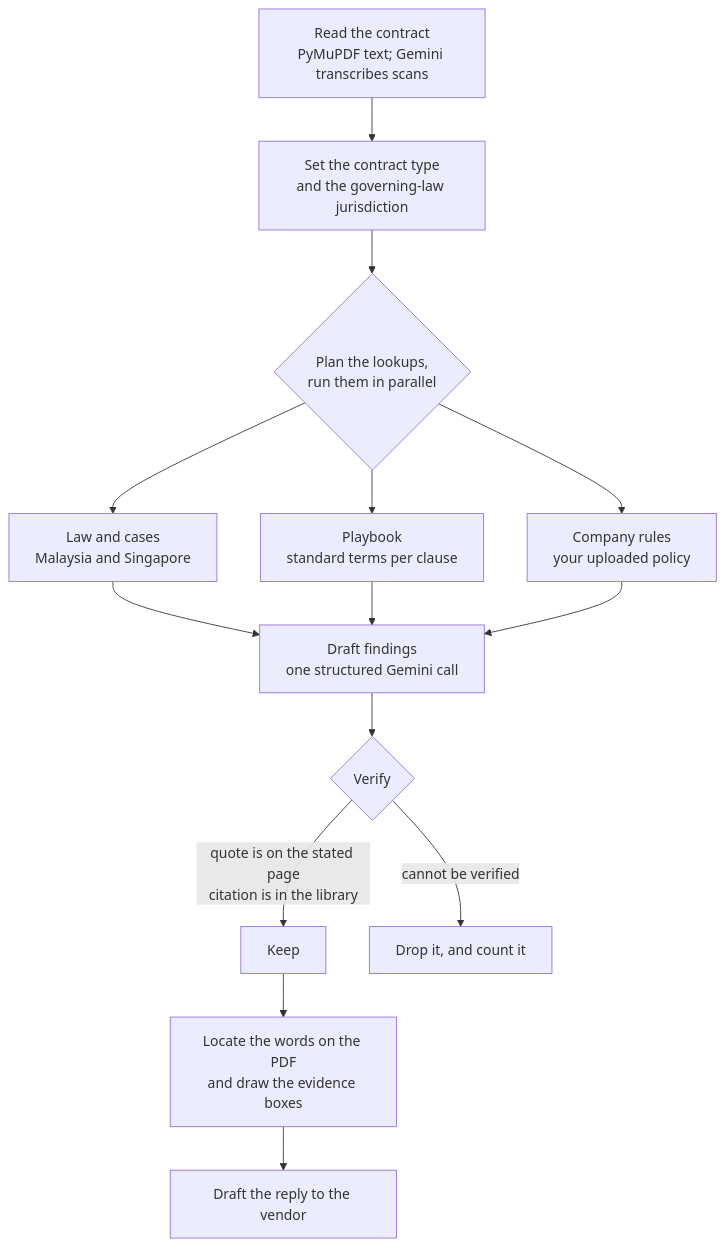
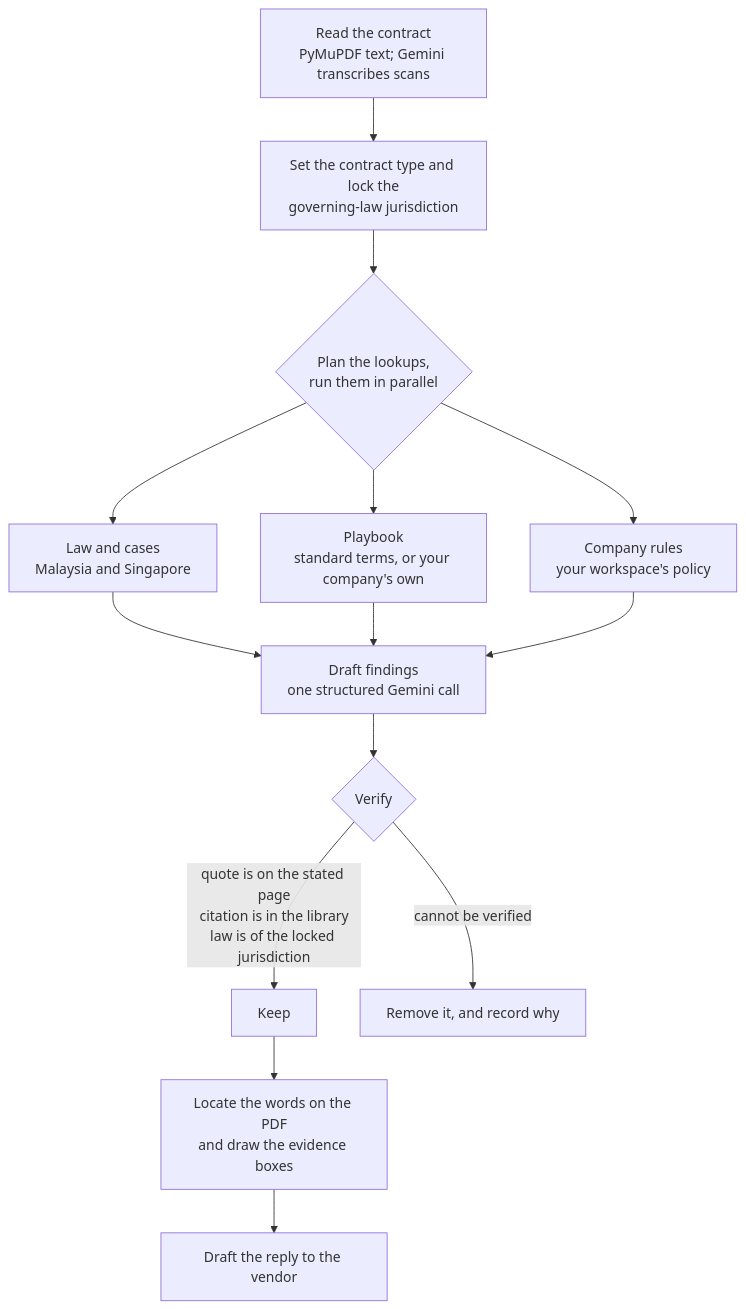
Before and after one commit to nt-codee/contract-copilot: the first of 2 diagrams in README.md, drawn with Mermaid. The commit also changed other lines of this file and 43 other files, not shown here.

````diff
--- a/README.md
+++ b/README.md
@@ -53,16 +73,16 @@
 ```mermaid
 flowchart TD
-  A[Read the contract<br/>PyMuPDF text; Gemini transcribes scans] --> B[Set the contract type<br/>and the governing-law jurisdiction]
+  A[Read the contract<br/>PyMuPDF text; Gemini transcribes scans] --> B[Set the contract type and lock the<br/>governing-law jurisdiction]
   B --> C{Plan the lookups,<br/>run them in parallel}
   C --> L[Law and cases<br/>Malaysia and Singapore]
-  C --> P[Playbook<br/>standard terms per clause]
-  C --> R[Company rules<br/>your uploaded policy]
+  C --> P[Playbook<br/>standard terms, or your company's own]
+  C --> R[Company rules<br/>your workspace's policy]
   L --> D[Draft findings<br/>one structured Gemini call]
   P --> D
   R --> D
   D --> V{Verify}
-  V -->|quote is on the stated page<br/>citation is in the library| K[Keep]
-  V -->|cannot be verified| X[Drop it, and count it]
+  V -->|quote is on the stated page<br/>citation is in the library<br/>law is of the locked jurisdiction| K[Keep]
+  V -->|cannot be verified| X[Remove it, and record why]
   K --> E[Locate the words on the PDF<br/>and draw the evidence boxes]
   E --> M[Draft the reply to the vendor]
 ```
````
